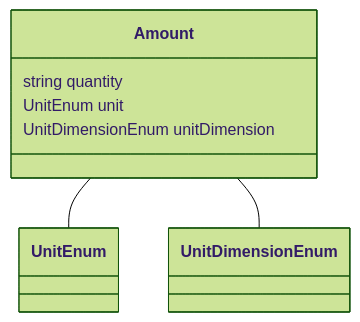
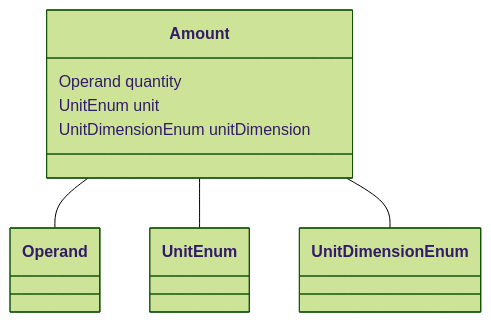
The diagram in datamodel-build/mermaid/Amount.mmd (codexstanford/Insurance-Payout-Ontology), drawn with Mermaid (forest theme) before and after one commit. The commit also changed 95 other files, not shown here.

```diff
--- a/datamodel-build/mermaid/Amount.mmd
+++ b/datamodel-build/mermaid/Amount.mmd
@@ -1,12 +1,13 @@
 classDiagram
-  Amount -- UnitEnum
+  Amount -- Operand
+Amount -- UnitEnum
 Amount -- UnitDimensionEnum
 
 
 class Amount {
 
-  string quantity
+  Operand quantity
   UnitEnum unit
   UnitDimensionEnum unitDimension
 
 }
```
